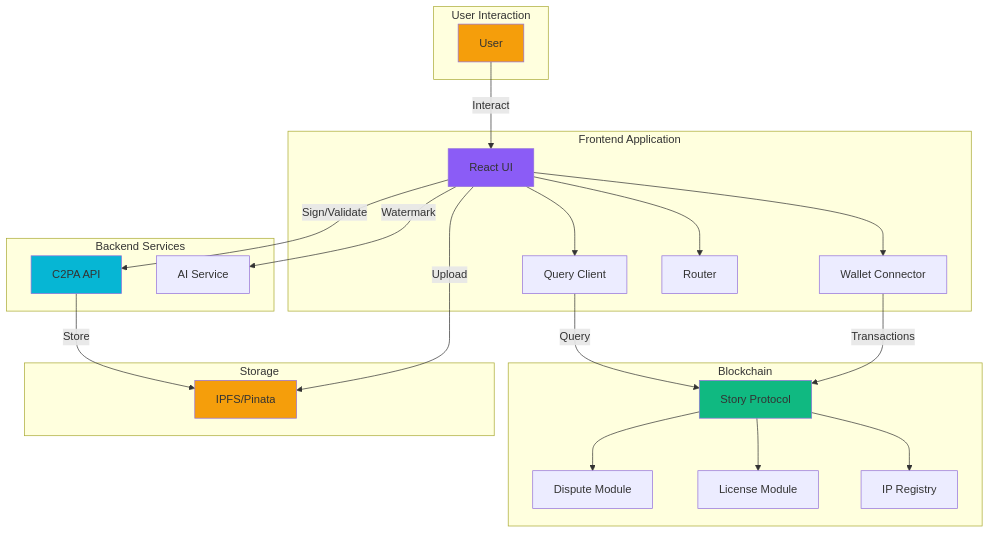
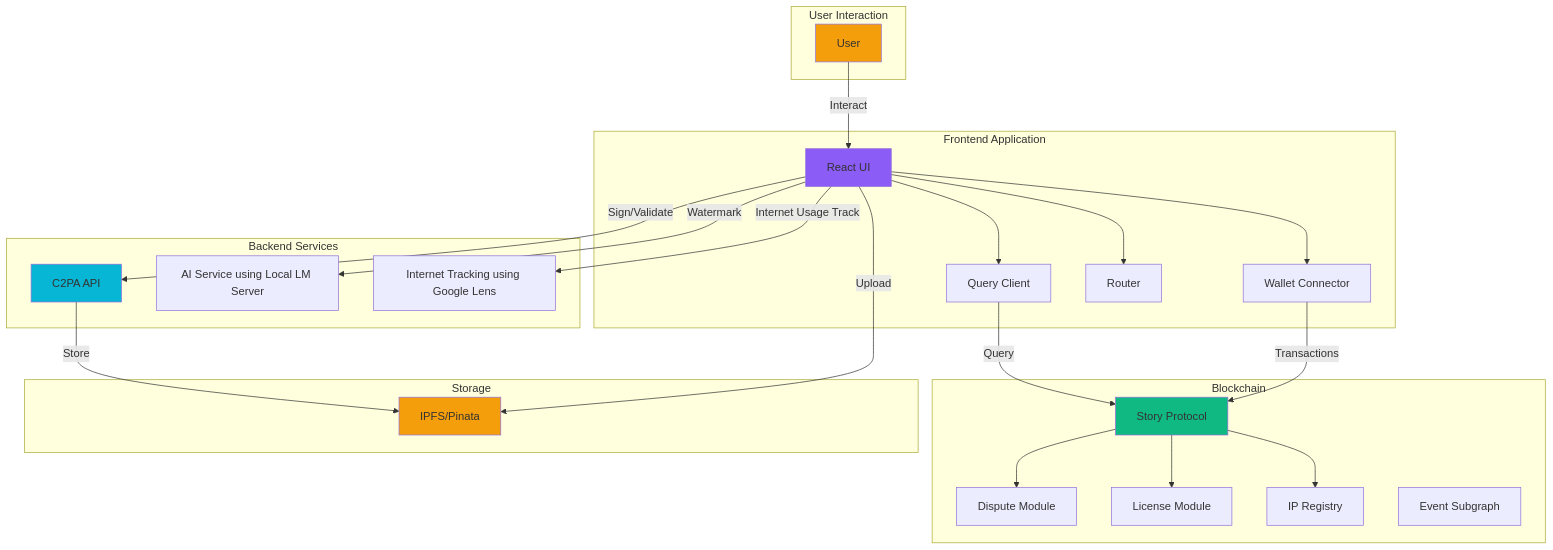
One commit to ETIM-PAUL/SentryMark changed the seventh of 7 diagrams in README.md. Above: the diagram before and after it, drawn with Mermaid. The commit also changed other lines of this file and 4 other files, not shown here.

````diff
--- a/README.md
+++ b/README.md
@@ -594,52 +581,55 @@
 ```mermaid
 graph TB
     subgraph "User Interaction"
         U[User]
     end
 
     subgraph "Frontend Application"
         UI[React UI]
         WC[Wallet Connector]
         QC[Query Client]
         RC[Router]
     end
 
     subgraph "Backend Services"
         C2PA[C2PA API]
-        AI[AI Service]
+        AI[AI Service using Local LM Server]
+        IT[Internet Tracking using Google Lens]
     end
 
     subgraph "Blockchain"
         SP[Story Protocol]
         DM[Dispute Module]
         LM[License Module]
         IP[IP Registry]
+        ES[Event Subgraph]
     end
 
     subgraph "Storage"
         IPFS[IPFS/Pinata]
     end
 
     U -->|Interact| UI
     UI --> WC
     UI --> QC
     UI --> RC
     
     UI -->|Sign/Validate| C2PA
     UI -->|Watermark| AI
+    UI -->|Internet Usage Track| IT
     UI -->|Upload| IPFS
     
     WC -->|Transactions| SP
     SP --> DM
     SP --> LM
     SP --> IP
     
     C2PA -->|Store| IPFS
     QC -->|Query| SP
 
     style U fill:#f59e0b
     style UI fill:#8b5cf6
     style C2PA fill:#06b6d4
     style SP fill:#10b981
     style IPFS fill:#f59e0b
 ```
````
